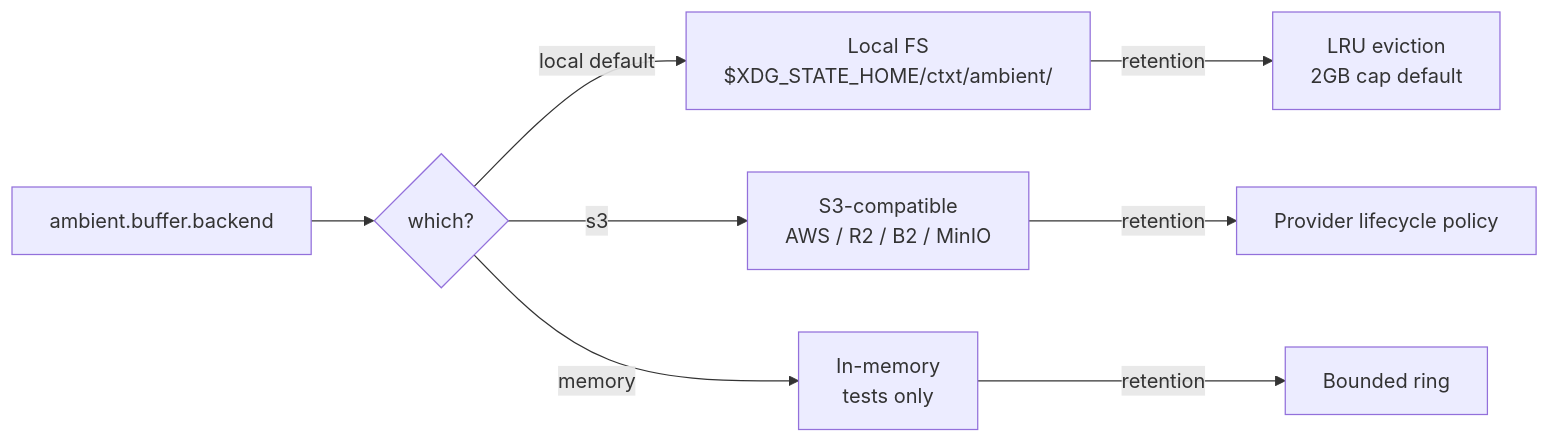
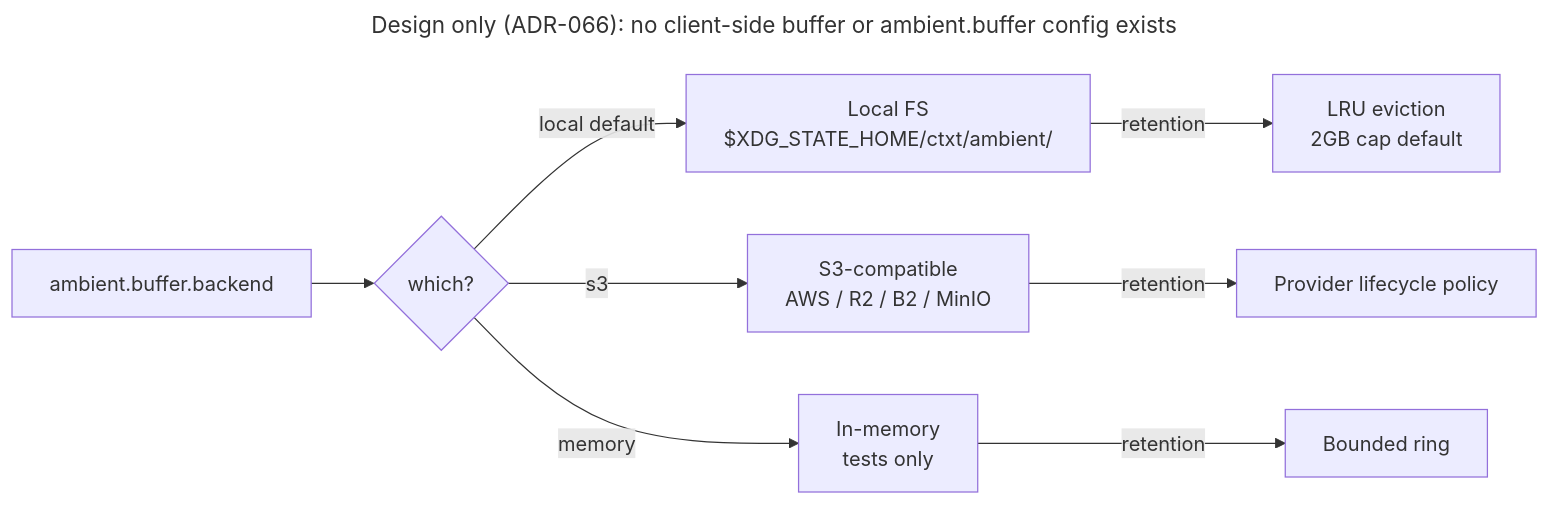
The diagram in docs/diagrams/ambient/066-buffer-backends.mmd (ContextHelp/ContextHelp), drawn with Mermaid before and after one commit. The commit also changed 17 other files, not shown here.

First line of the commit message:
docs(plugins): mark plugin examples and ambient diagrams as unbuilt design

````diff
--- a/docs/diagrams/ambient/066-buffer-backends.mmd
+++ b/docs/diagrams/ambient/066-buffer-backends.mmd
@@ -1,11 +1,14 @@
 ```mermaid
+---
+title: "Design only (ADR-066): no client-side buffer or ambient.buffer config exists"
+---
 flowchart LR
     cfg[ambient.buffer.backend] --> sel{which?}
     sel -->|local default| fs[Local FS<br/>$XDG_STATE_HOME/ctxt/ambient/]
     sel -->|s3| s3[S3-compatible<br/>AWS / R2 / B2 / MinIO]
     sel -->|memory| mem[In-memory<br/>tests only]
 
     fs -->|retention| lru[LRU eviction<br/>2GB cap default]
     s3 -->|retention| lifecycle[Provider lifecycle policy]
     mem -->|retention| ring[Bounded ring]
 ```
````
